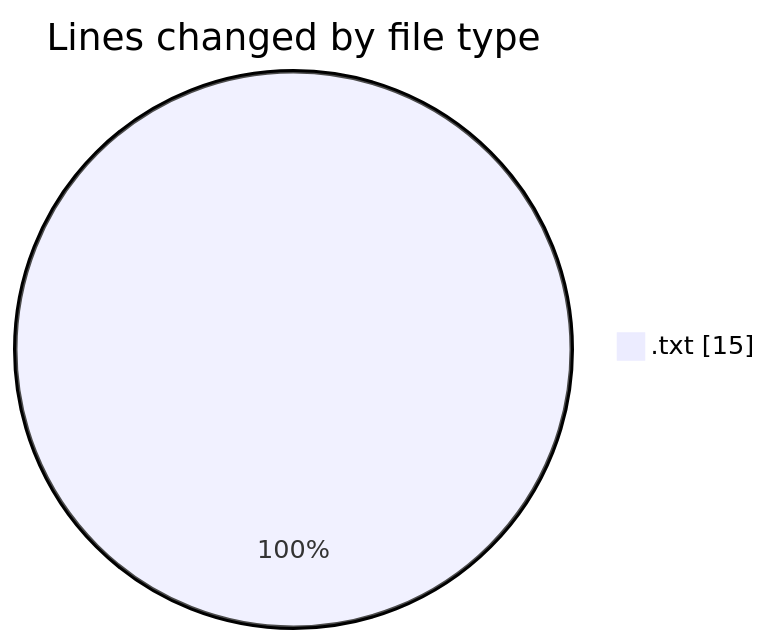
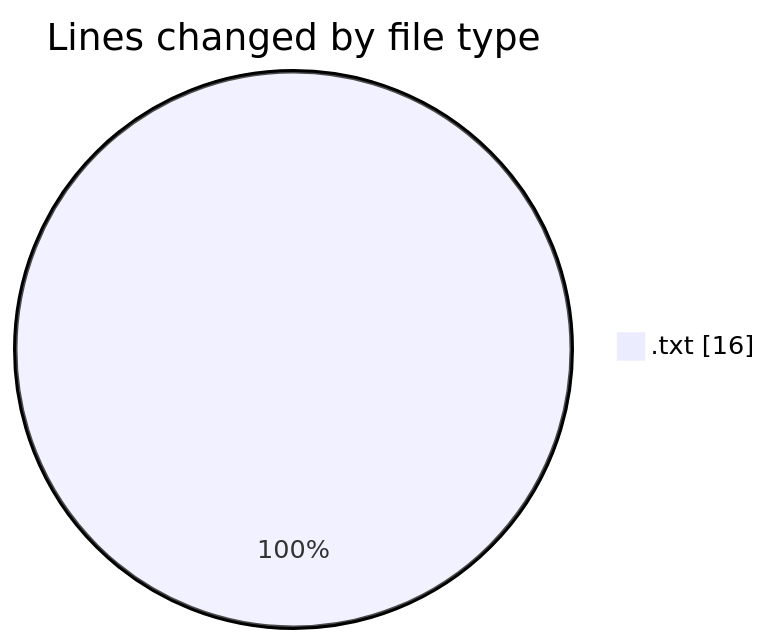
One commit to Ritupan-Deka/code-tracking changed the first of 2 diagrams in 2025-06-22/txtfiles/README.md. Above: the diagram before and after it, drawn with Mermaid. The commit also changed other lines of this file and 1 other file, not shown here.

````diff
--- a/2025-06-22/txtfiles/README.md
+++ b/2025-06-22/txtfiles/README.md
@@ -20,5 +20,5 @@
 ```mermaid
 pie showData
 title Lines changed by file type
-".txt" : 15
+".txt" : 16
 ```
````
